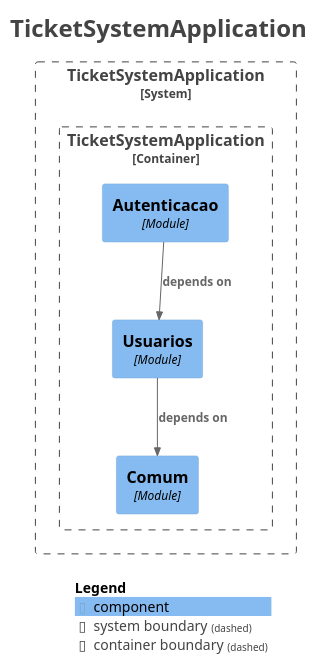
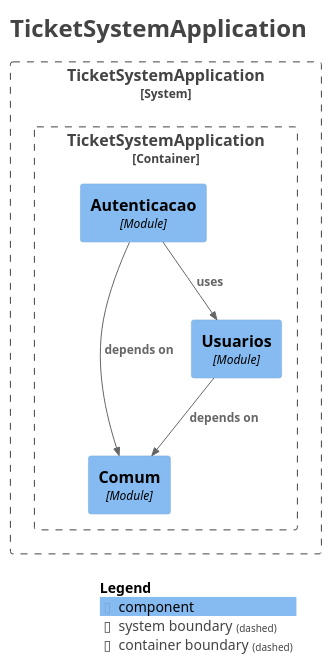
One commit to AnthoniBortolotto/ticket-management-system changed the diagram in docs/modules/components.puml. Above: the diagram before and after it, drawn with PlantUML. The commit also changed 30 other files, not shown here.

```diff
--- a/docs/modules/components.puml
+++ b/docs/modules/components.puml
@@ -1,32 +1,33 @@
 @startuml
 title <size:24>TicketSystemApplication</size>
 
 set separator none
 top to bottom direction
 
 <style>
   root {
     BackgroundColor: #ffffff
     FontColor: #444444
   }
 </style>
 
 !include <C4/C4>
 !include <C4/C4_Context>
 !include <C4/C4_Component>
 
 System_Boundary("TicketSystemApplication_boundary", "TicketSystemApplication", $tags="") {
   Container_Boundary("TicketSystemApplication.TicketSystemApplication_boundary", "TicketSystemApplication", $tags="") {
     Component(TicketSystemApplication.TicketSystemApplication.Autenticacao, "Autenticacao", $techn="Module", $descr="", $tags="", $link="")
     Component(TicketSystemApplication.TicketSystemApplication.Comum, "Comum", $techn="Module", $descr="", $tags="", $link="")
     Component(TicketSystemApplication.TicketSystemApplication.Usuarios, "Usuarios", $techn="Module", $descr="", $tags="", $link="")
   }
 
 }
 
 Rel(TicketSystemApplication.TicketSystemApplication.Usuarios, TicketSystemApplication.TicketSystemApplication.Comum, "depends on", $techn="", $tags="", $link="")
-Rel(TicketSystemApplication.TicketSystemApplication.Autenticacao, TicketSystemApplication.TicketSystemApplication.Usuarios, "depends on", $techn="", $tags="", $link="")
+Rel(TicketSystemApplication.TicketSystemApplication.Autenticacao, TicketSystemApplication.TicketSystemApplication.Comum, "depends on", $techn="", $tags="", $link="")
+Rel(TicketSystemApplication.TicketSystemApplication.Autenticacao, TicketSystemApplication.TicketSystemApplication.Usuarios, "uses", $techn="", $tags="", $link="")
 
 SHOW_LEGEND(true)
 hide stereotypes
 @enduml
```
